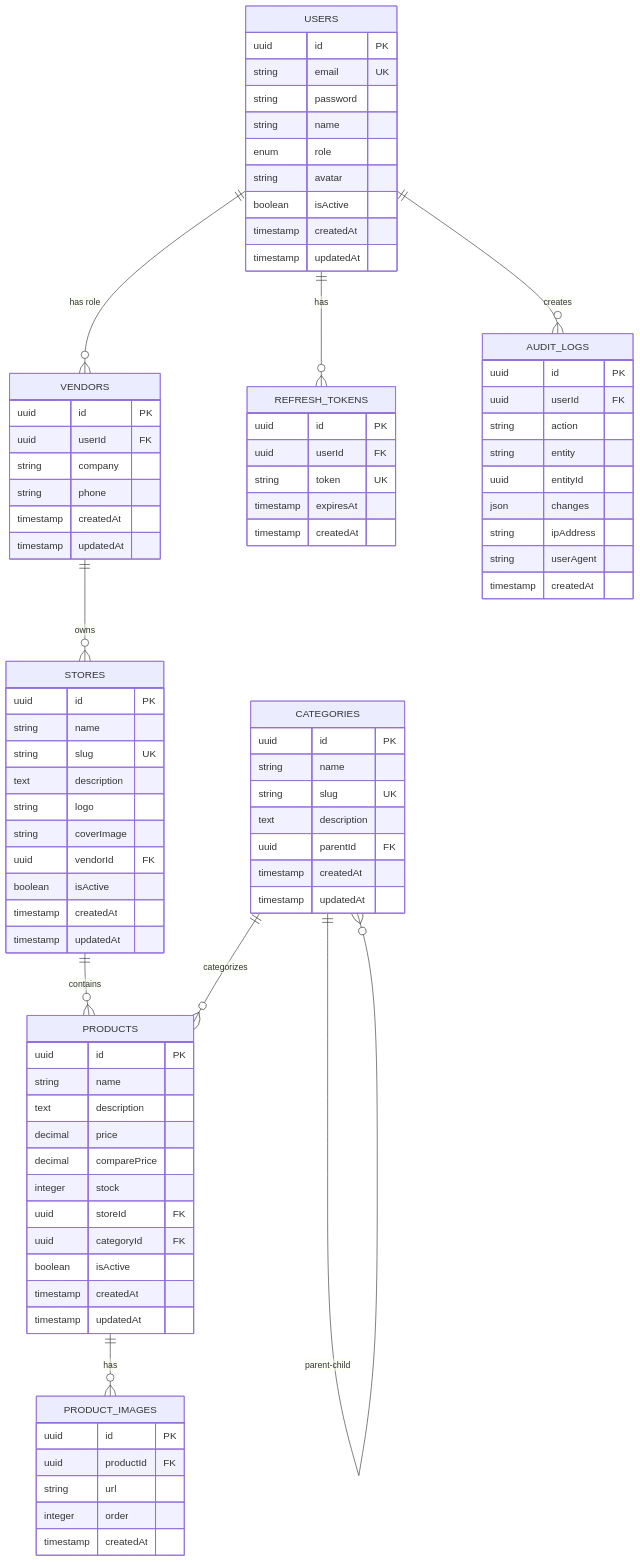
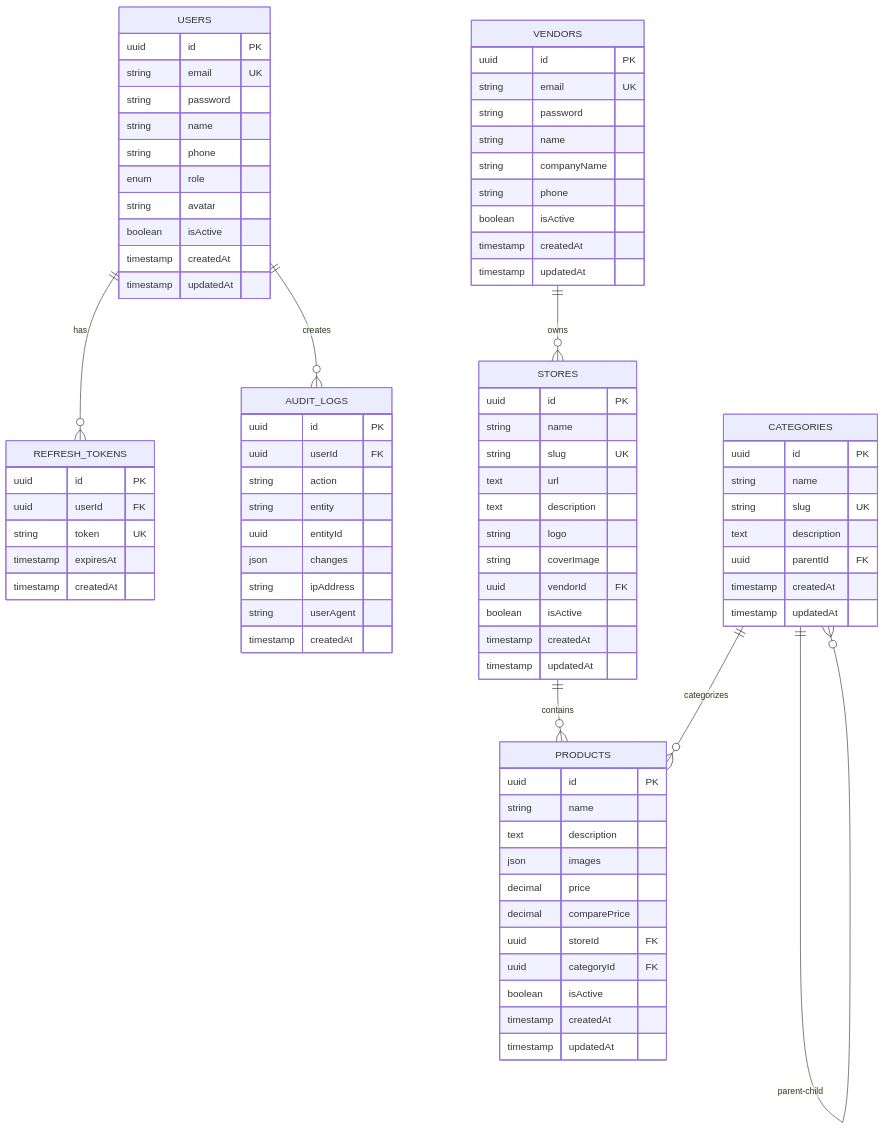
The seventh of 10 diagrams in plans/ARCHITECTURE_DIAGRAM.md (Miri121/my-mall), drawn with Mermaid before and after one commit. The commit also changed other lines of this file and 2 other files, not shown here.

Commit message:
fix plans file

````diff
--- a/plans/ARCHITECTURE_DIAGRAM.md
+++ b/plans/ARCHITECTURE_DIAGRAM.md
@@ -348,19 +348,18 @@
 ```mermaid
 erDiagram
-    USERS ||--o{ VENDORS : "has role"
     USERS ||--o{ REFRESH_TOKENS : "has"
     USERS ||--o{ AUDIT_LOGS : "creates"
     VENDORS ||--o{ STORES : "owns"
     STORES ||--o{ PRODUCTS : "contains"
     CATEGORIES ||--o{ PRODUCTS : "categorizes"
     CATEGORIES ||--o{ CATEGORIES : "parent-child"
-    PRODUCTS ||--o{ PRODUCT_IMAGES : "has"
 
     USERS {
         uuid id PK
         string email UK
         string password
         string name
+        string phone
         enum role
         string avatar
         boolean isActive
@@ -370,9 +369,12 @@
 
     VENDORS {
         uuid id PK
-        uuid userId FK
-        string company
+        string email UK
+        string password
+        string name
+        string companyName
         string phone
+        boolean isActive
         timestamp createdAt
         timestamp updatedAt
     }
@@ -381,6 +383,7 @@
         uuid id PK
         string name
         string slug UK
+        text url
         text description
         string logo
         string coverImage
@@ -394,22 +397,14 @@
         uuid id PK
         string name
         text description
+        json images
         decimal price
         decimal comparePrice
-        integer stock
         uuid storeId FK
         uuid categoryId FK
         boolean isActive
         timestamp createdAt
         timestamp updatedAt
-    }
-
-    PRODUCT_IMAGES {
-        uuid id PK
-        uuid productId FK
-        string url
-        integer order
-        timestamp createdAt
     }
 
     CATEGORIES {
````
